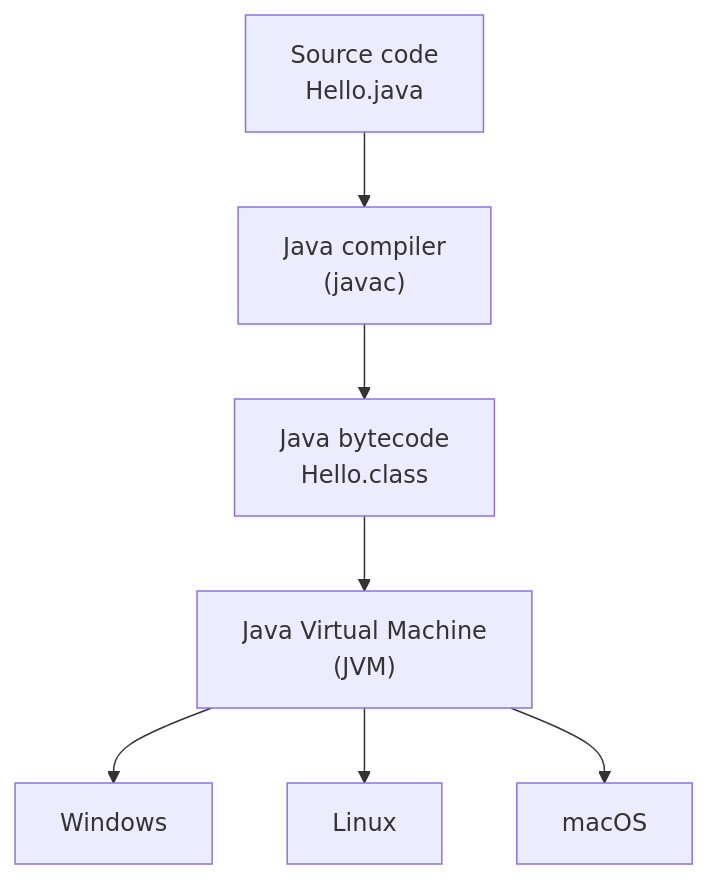
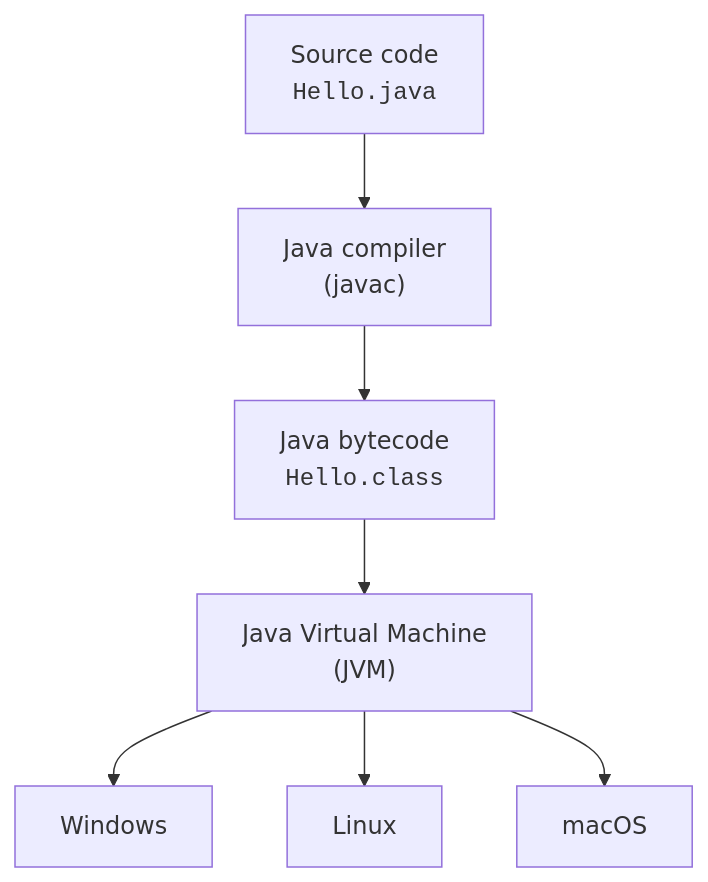
Before and after one commit to dataslope/dataslope: the first of 4 diagrams in content/learn/intro-modern-csharp/java-and-managed-runtimes.mdx, drawn with Mermaid. The commit also changed other lines of this file and 218 other files, not shown here.

First line of the commit message:
Render code-only mermaid shapes in monospace; convert step sequences to Steps (#467)

````diff
--- a/content/learn/intro-modern-csharp/java-and-managed-runtimes.mdx
+++ b/content/learn/intro-modern-csharp/java-and-managed-runtimes.mdx
@@ -35,9 +35,9 @@
 ```mermaid
 flowchart TD
-    S["Source code<br/>Hello.java"] --> C["Java compiler<br/>(javac)"]
-    C --> B["Java bytecode<br/>Hello.class"]
+    S["Source code<br/><code>Hello.java</code>"] --> C["Java compiler<br/>(javac)"]
+    C --> B["Java bytecode<br/><code>Hello.class</code>"]
     B --> JVM["Java Virtual Machine<br/>(JVM)"]
     JVM --> W["Windows"]
     JVM --> L["Linux"]
     JVM --> M["macOS"]
 ```
````
